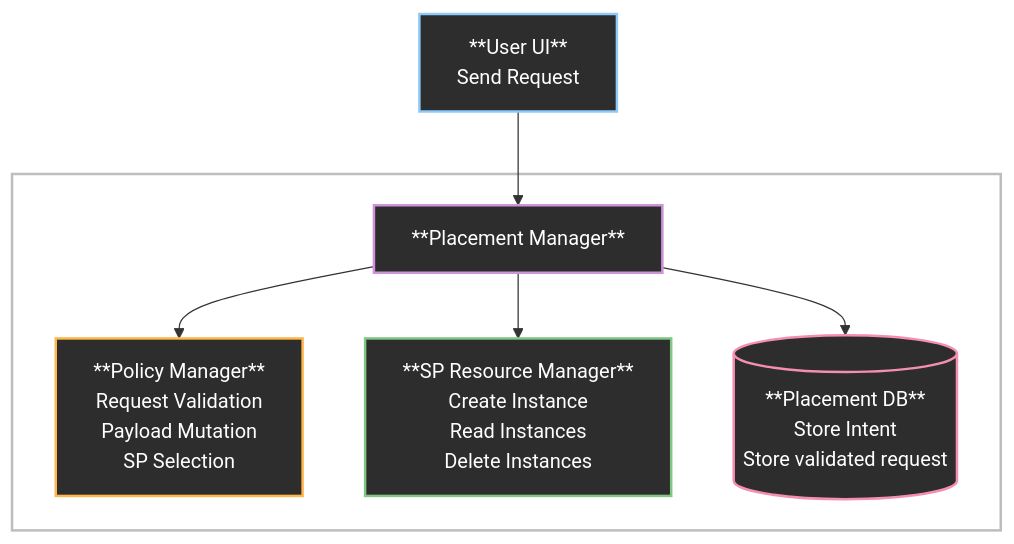
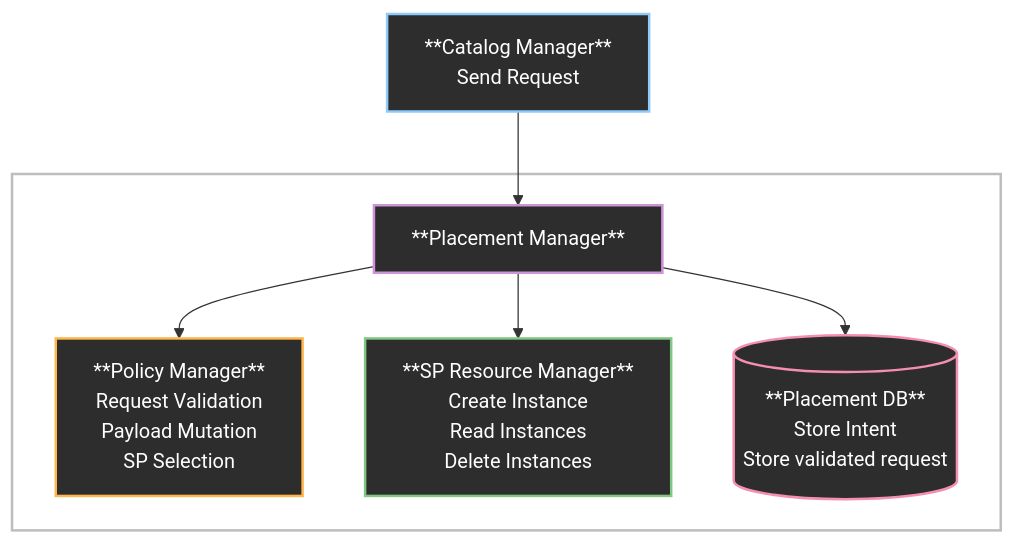
The first of 2 diagrams in enhancements/placement-manager/placement-manager.md (dcm-project/enhancements), drawn with Mermaid before and after one commit. The commit also changed other lines of this file, not shown here.

Commit message:
update to catalog manager + rename resource endpoint

````diff
--- a/enhancements/placement-manager/placement-manager.md
+++ b/enhancements/placement-manager/placement-manager.md
@@ -61,31 +63,31 @@
 ```mermaid
 %%{init: {'flowchart': {'rankSpacing': 100, 'nodeSpacing': 10, 'curve': 'linear'},}}%%
 flowchart TD
-    classDef userLayer fill:#2d2d2d,color:#ffffff,stroke:#90caf9,stroke-width:2px
+    classDef catalogManager fill:#2d2d2d,color:#ffffff,stroke:#90caf9,stroke-width:2px
     classDef placementManager fill:#2d2d2d,color:#ffffff,stroke:#ce93d8,stroke-width:2px
     classDef policyEngine fill:#2d2d2d,color:#ffffff,stroke:#ffb74d,stroke-width:2px
     classDef spResourceManager fill:#2d2d2d,color:#ffffff,stroke:#81c784,stroke-width:2px
     classDef database fill:#2d2d2d,color:#ffffff,stroke:#f48fb1,stroke-width:2px
     classDef dcmCore fill:#FFFFFF,stroke:#bdbdbd,stroke-width:2px
 
-    User["**User UI**<br/>Send Request"]:::userLayer
+    CM["**Catalog Manager**<br/>Send Request"]:::catalogManager
 
     subgraph DCM_Core [ ]
         PM["**Placement Manager**<br/>"]:::placementManager
         
         PE["**Policy Manager**<br/>Request Validation<br/>Payload Mutation<br/>SP Selection"]:::policyEngine
         
         SPRM["**SP Resource Manager**<br/>Create Instance<br/> Read Instances<br/> Delete Instances"]:::spResourceManager
 
         PM_DB[("**Placement DB**<br/>Store Intent<br/>Store validated request")]:::database
 
     end
 
-    User --> PM
+    CM --> PM
     PM --> PE
     PM --> PM_DB
     PM --> SPRM
     
 
     class DCM_Core dcmCore
 ```
````
